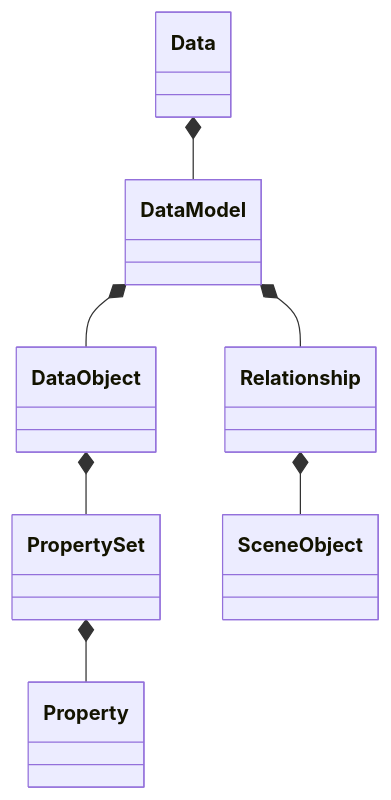
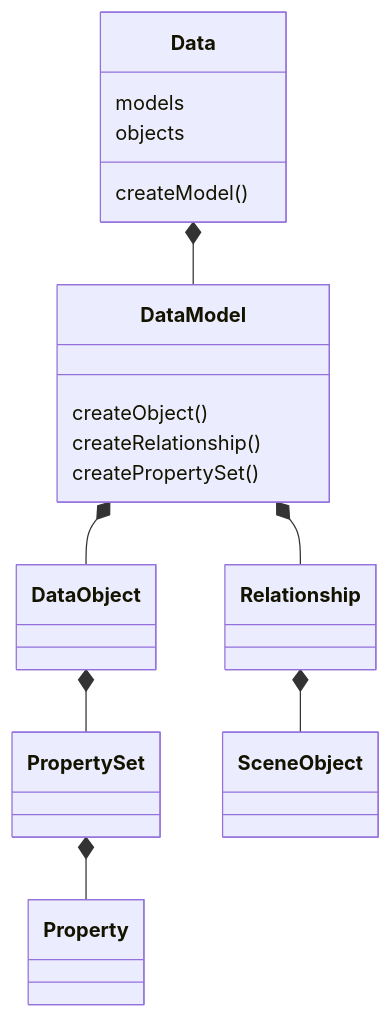
The second of 3 diagrams in README.md (xeokit/sdk), drawn with Mermaid before and after one commit. The commit also changed other lines of this file, not shown here.

````diff
--- a/README.md
+++ b/README.md
@@ -80,9 +80,15 @@
 ```mermaid
 classDiagram
     Data *-- DataModel
+    Data : createModel()
+    Data : models
+    Data : objects
     DataModel *-- DataObject
     DataObject *-- PropertySet
     PropertySet *-- Property
     Relationship *-- SceneObject
     DataModel *-- Relationship
+    DataModel : createObject()
+    DataModel : createRelationship()
+    DataModel : createPropertySet()
 ```
````
